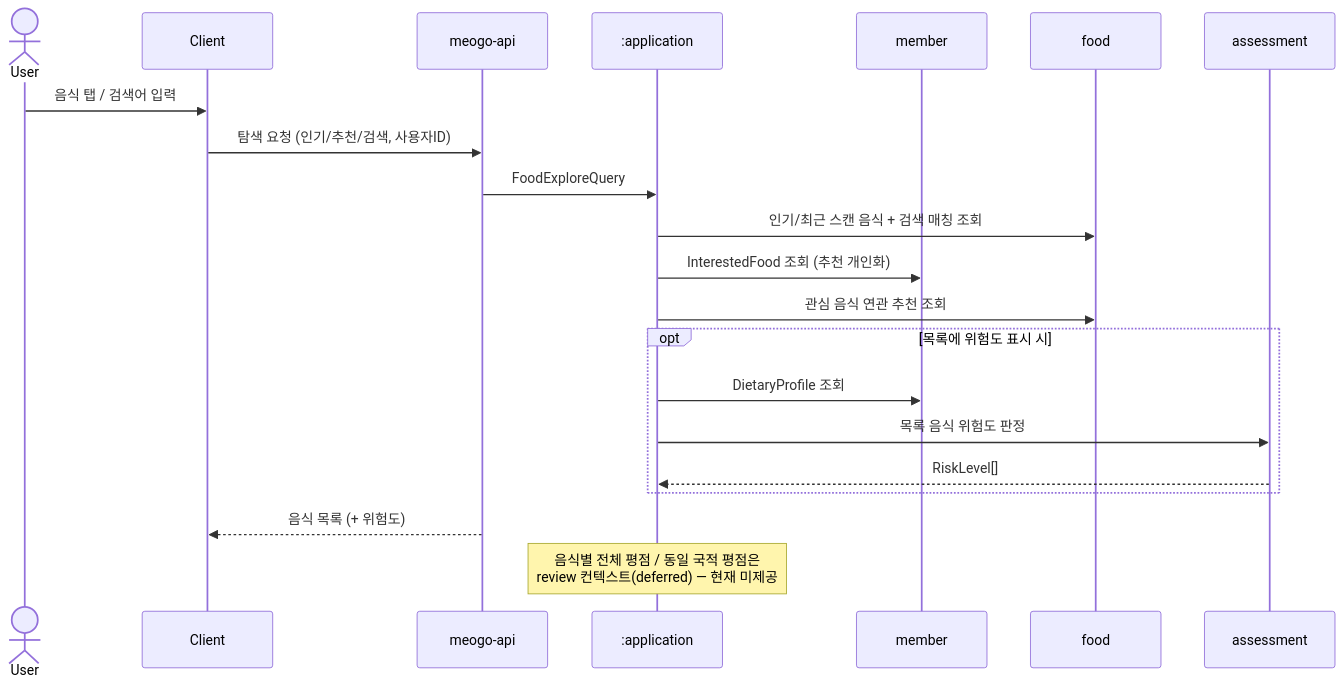
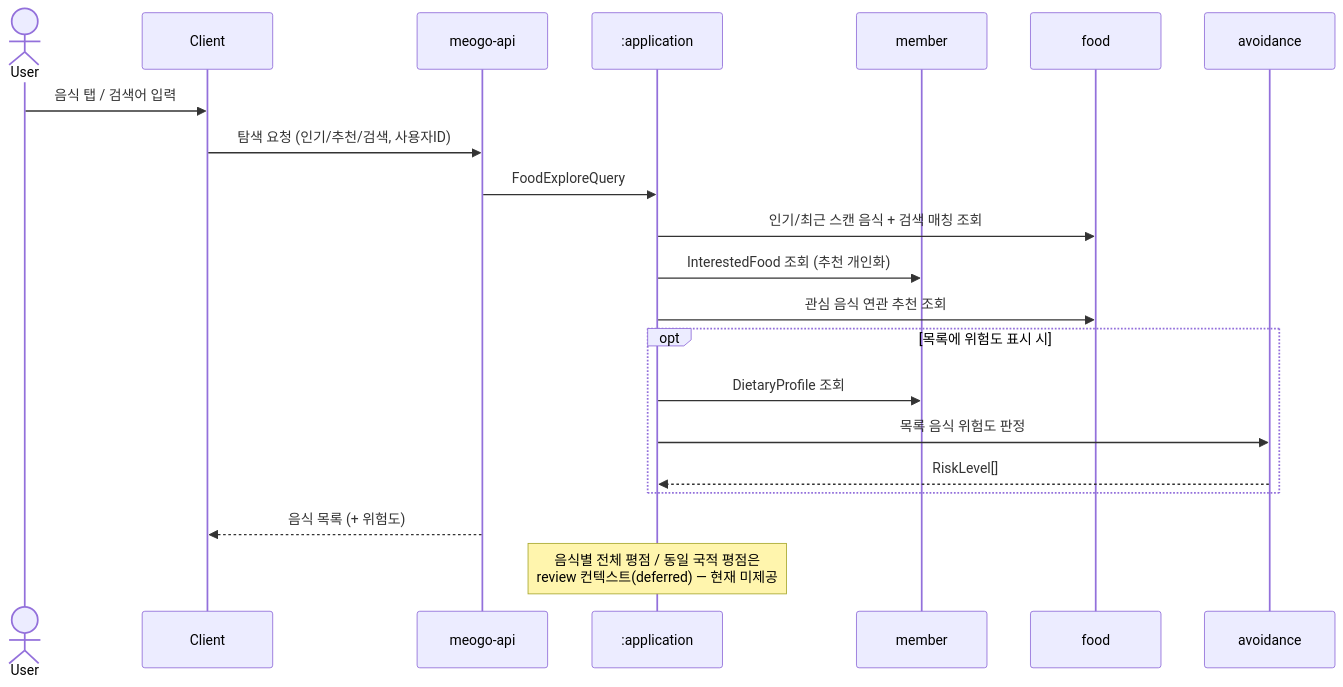
One commit to team-skyjs/kbap-server changed the third of 7 diagrams in docs/architecture/use-case-flows.md. Above: the diagram before and after it, drawn with Mermaid. The commit also changed other lines of this file and 19 other files, not shown here.

First line of the commit message:
docs: 헌법 v2.1.0 개정 + assessment→avoidance BC 일괄 리네임

````diff
--- a/docs/architecture/use-case-flows.md
+++ b/docs/architecture/use-case-flows.md
@@ -123,25 +123,25 @@
 ```mermaid
 sequenceDiagram
     actor User
     participant Client
     participant API as meogo-api
     participant App as :application
     participant Member as member
     participant Food as food
-    participant Assess as assessment
+    participant Assess as avoidance
 
     User->>Client: 음식 탭 / 검색어 입력
     Client->>API: 탐색 요청 (인기/추천/검색, 사용자ID)
     API->>App: FoodExploreQuery
 
     App->>Food: 인기/최근 스캔 음식 + 검색 매칭 조회
     App->>Member: InterestedFood 조회 (추천 개인화)
     App->>Food: 관심 음식 연관 추천 조회
     opt 목록에 위험도 표시 시
         App->>Member: DietaryProfile 조회
         App->>Assess: 목록 음식 위험도 판정
         Assess-->>App: RiskLevel[]
     end
     API-->>Client: 음식 목록 (+ 위험도)
     Note over App: 음식별 전체 평점 / 동일 국적 평점은<br/>review 컨텍스트(deferred) — 현재 미제공
 ```
````
